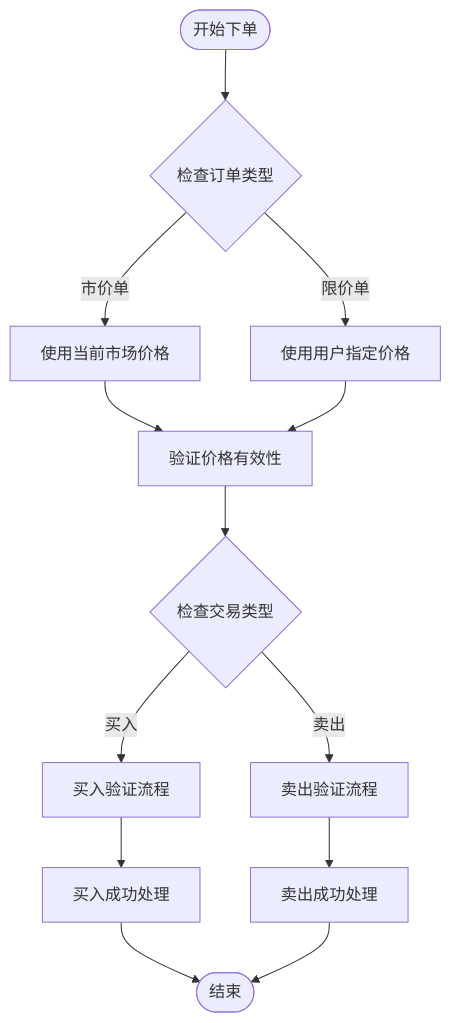
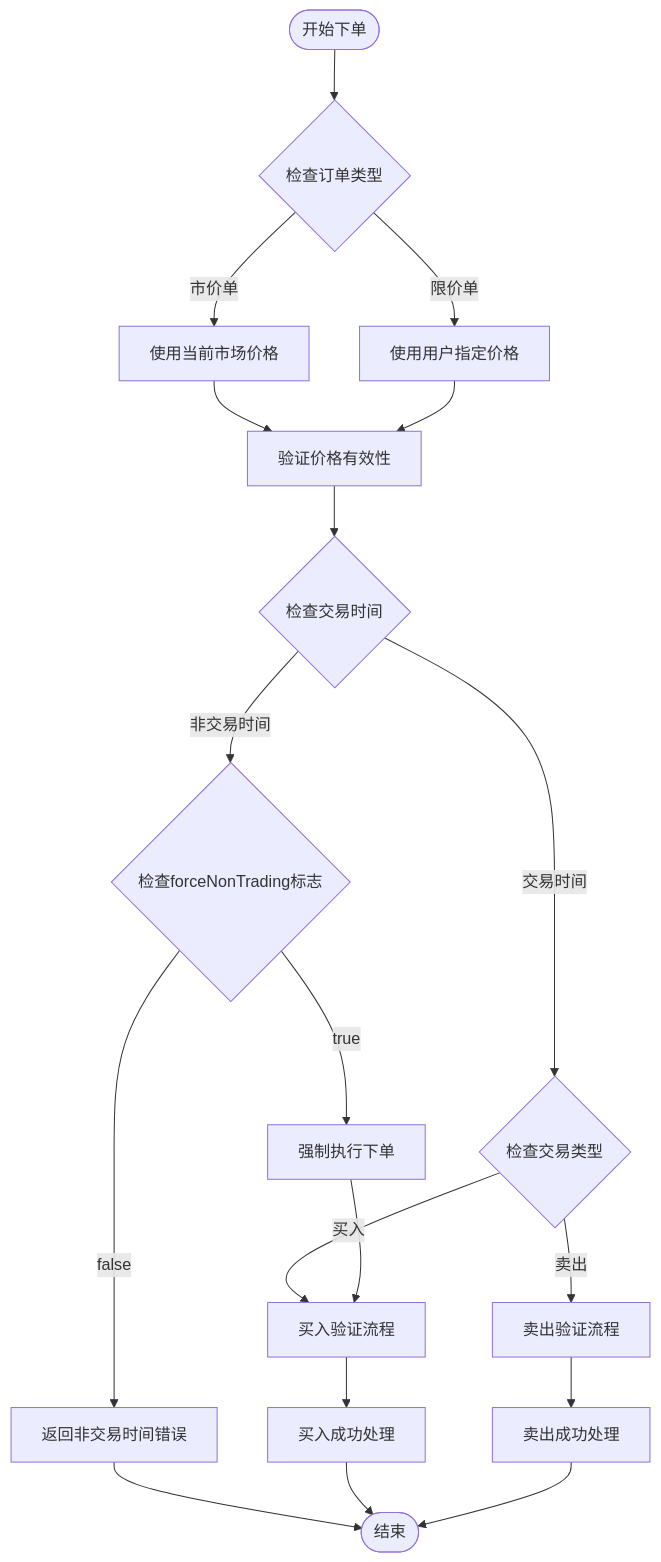
Before and after one commit to javalittleman1/virtual-stock-trading: the third of 7 diagrams in .qoder/repowiki/zh/content/API接口文档/交易系统API/委托下单API.md, drawn with Mermaid. The commit also changed other lines of this file and 5 other files, not shown here.

````diff
--- a/.qoder/repowiki/zh/content/API接口文档/交易系统API/委托下单API.md
+++ b/.qoder/repowiki/zh/content/API接口文档/交易系统API/委托下单API.md
@@ -166,15 +179,21 @@
 ```mermaid
 flowchart TD
 Start([开始下单]) --> CheckType{检查订单类型}
 CheckType --> |市价单| MarketPrice[使用当前市场价格]
 CheckType --> |限价单| LimitPrice[使用用户指定价格]
 MarketPrice --> PriceValidation[验证价格有效性]
 LimitPrice --> PriceValidation
-PriceValidation --> BuyOrSell{检查交易类型}
+PriceValidation --> CheckTime{检查交易时间}
+CheckTime --> |非交易时间| ForceCheck{检查forceNonTrading标志}
+ForceCheck --> |true| ForceOrder[强制执行下单]
+ForceCheck --> |false| TimeError[返回非交易时间错误]
+CheckTime --> |交易时间| BuyOrSell{检查交易类型}
 BuyOrSell --> |买入| BuyValidation[买入验证流程]
 BuyOrSell --> |卖出| SellValidation[卖出验证流程]
+ForceOrder --> BuyValidation
+TimeError --> End([结束])
 BuyValidation --> BuySuccess[买入成功处理]
 SellValidation --> SellSuccess[卖出成功处理]
-BuySuccess --> End([结束])
+BuySuccess --> End
 SellSuccess --> End
 ```
````
